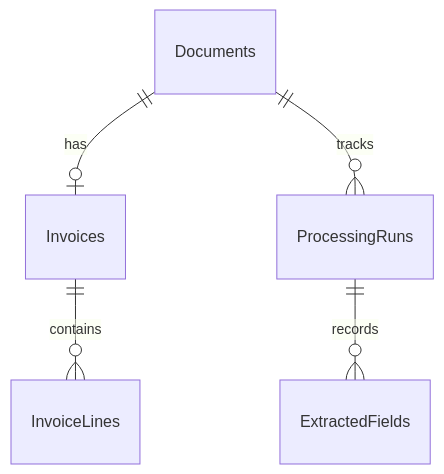
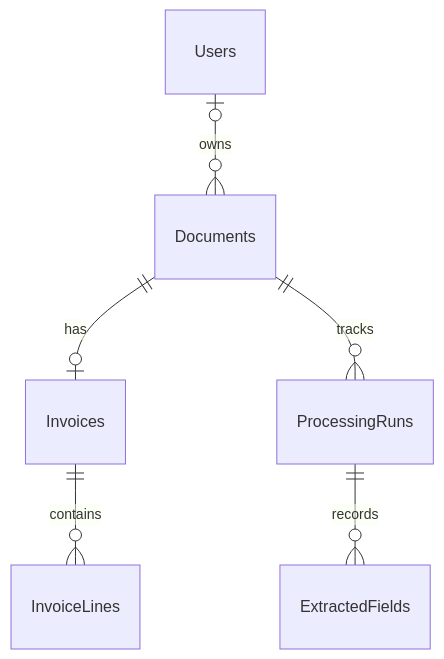
The diagram in docs/architecture.md (samankassou/wida-api), drawn with Mermaid before and after one commit. The commit also changed other lines of this file and 4 other files, not shown here.

````diff
--- a/docs/architecture.md
+++ b/docs/architecture.md
@@ -50,7 +54,8 @@
 ```mermaid
 erDiagram
+    Users o|--o{ Documents : owns
     Documents ||--o| Invoices : has
     Invoices ||--o{ InvoiceLines : contains
     Documents ||--o{ ProcessingRuns : tracks
     ProcessingRuns ||--o{ ExtractedFields : records
 ```
````
